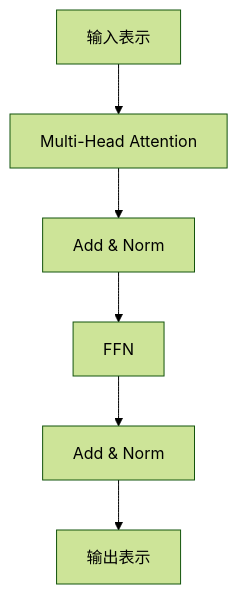
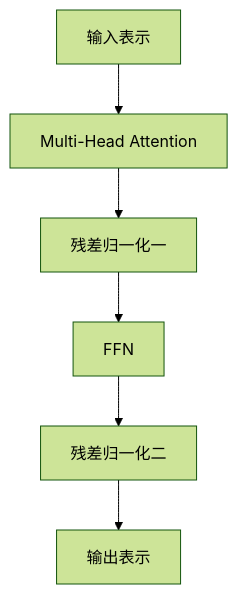
Before and after one commit to xiaoqianbaobao/ai-guide: the fourth of 4 diagrams in docs/01-llm-foundations/chapter-04-multi-head-and-block.md, drawn with Mermaid (forest theme). The commit also changed other lines of this file and 14 other files, not shown here.

Commit message:
修复前端mermaid语法错误问题

````diff
--- a/docs/01-llm-foundations/chapter-04-multi-head-and-block.md
+++ b/docs/01-llm-foundations/chapter-04-multi-head-and-block.md
@@ -202,9 +202,9 @@
 ```mermaid
 flowchart TD
     X[输入表示]
     X --> A[Multi-Head Attention]
-    A --> B[Add & Norm]
+    A --> B[残差归一化一]
     B --> C[FFN]
-    C --> D[Add & Norm]
+    C --> D[残差归一化二]
     D --> Y[输出表示]
 ```
````
